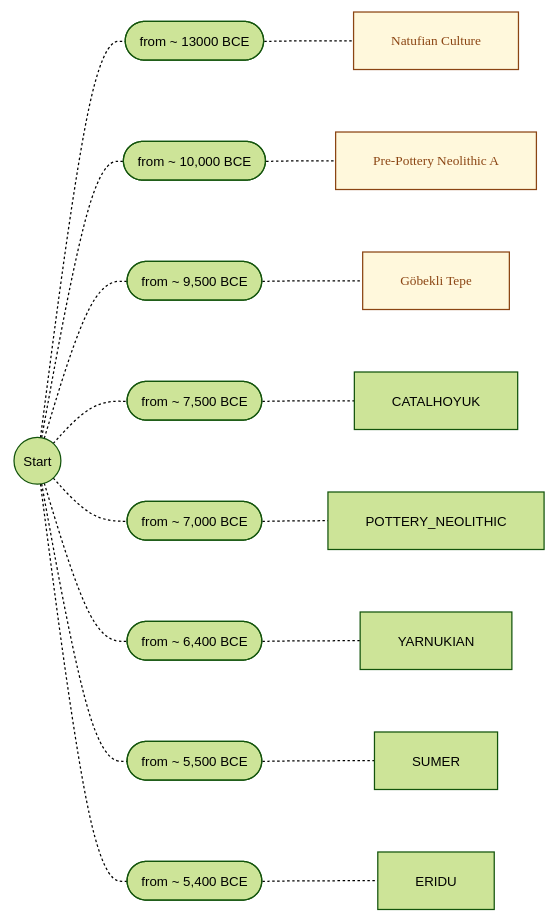
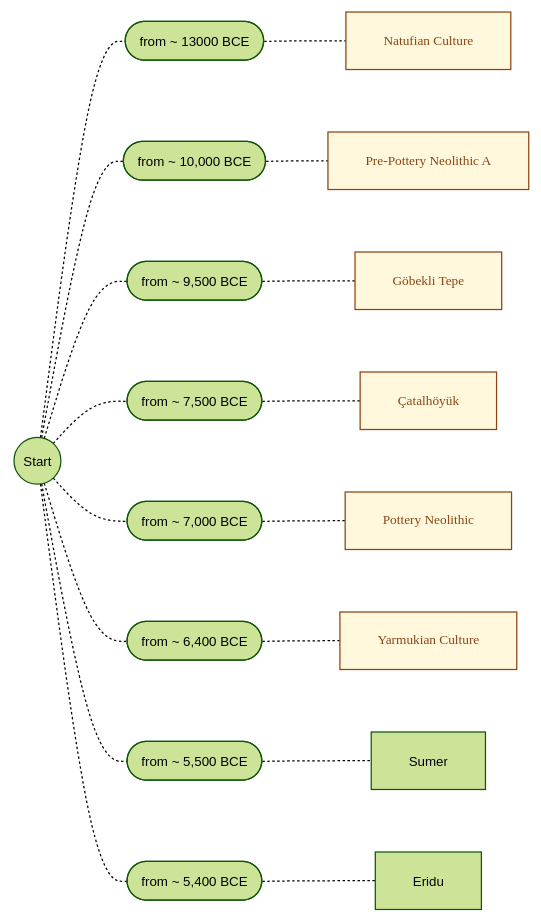
The diagram in 0000_General/timeline_v1.01.md (joe-dorward/samples), drawn with Mermaid before and after one commit.

````diff
--- a/0000_General/timeline_v1.01.md
+++ b/0000_General/timeline_v1.01.md
@@ -1,41 +1,54 @@
 ```mermaid
 %%{init: { 'theme':'forest', 'themeVariables': { 'fontSize':'8pt' } }}%%
 flowchart LR
 classDef Note fill:cornsilk, stroke:saddlebrown, color:saddlebrown, font-family:verdana, text-align:left, line-height:150%, margin:0px, padding:0px;
+classDef Note_b fill:cornsilk, stroke:saddlebrown, color:saddlebrown, font-family:verdana, text-align:left, margin:0px, padding:0px, height:40px;
       START(("Start"))
 
       13000([from ~ 13000 BCE])
       NATUFIAN[Natufian Culture]
       click NATUFIAN "https://en.wikipedia.org/wiki/Natufian_culture" _blank
 
       10000([from ~ 10,000 BCE])
       PRE_POTTERY_NEOLITHIC_A[Pre-Pottery Neolithic A]
       click PRE_POTTERY_NEOLITHIC_A "https://en.wikipedia.org/wiki/Pre-Pottery_Neolithic_A" _blank
 
       9500([from ~ 9,500 BCE])
       GOBEKLI_TEPE[Göbekli Tepe]
       click GOBEKLI_TEPE "https://en.wikipedia.org/wiki/Göbekli_Tepe" _blank
 
       7500([from ~ 7,500 BCE])
+      CATALHOYUK[Çatalhöyük]
+      click CATALHOYUK "https://en.wikipedia.org/wiki/Çatalhöyük" _blank
+
       7000([from ~ 7,000 BCE])
+      POTTERY_NEOLITHIC[Pottery Neolithic]
+
       6400([from ~ 6,400 BCE])
+      YARNUKIAN[Yarmukian Culture]
+      click YARNUKIAN "https://en.wikipedia.org/wiki/Yarmukian_culture" _blank
+
       5500([from ~ 5,500 BCE])
+      SUMER[Sumer]
+      click SUMER "https://en.wikipedia.org/wiki/Sumer" _blank
+
       5400([from ~ 5,400 BCE])
+      ERIDU[Eridu]
+      click ERIDU "https://en.wikipedia.org/wiki/Eridu" _blank
 
 
 
+      class NATUFIAN,PRE_POTTERY_NEOLITHIC_A,GOBEKLI_TEPE,CATALHOYUK,POTTERY_NEOLITHIC,YARNUKIAN Note;
 
-      class NATUFIAN,PRE_POTTERY_NEOLITHIC_A,GOBEKLI_TEPE Note;
       %% ========== ========== ========== ========== ==========
       START-.-13000-.-NATUFIAN
       START-.-10000-.-PRE_POTTERY_NEOLITHIC_A
       START-.-9500-.-GOBEKLI_TEPE
       START-.-7500-.-CATALHOYUK
       START-.-7000-.-POTTERY_NEOLITHIC
       START-.-6400-.-YARNUKIAN
       START-.-5500-.-SUMER
       START-.-5400-.-ERIDU
-
      
       
 ```
````
